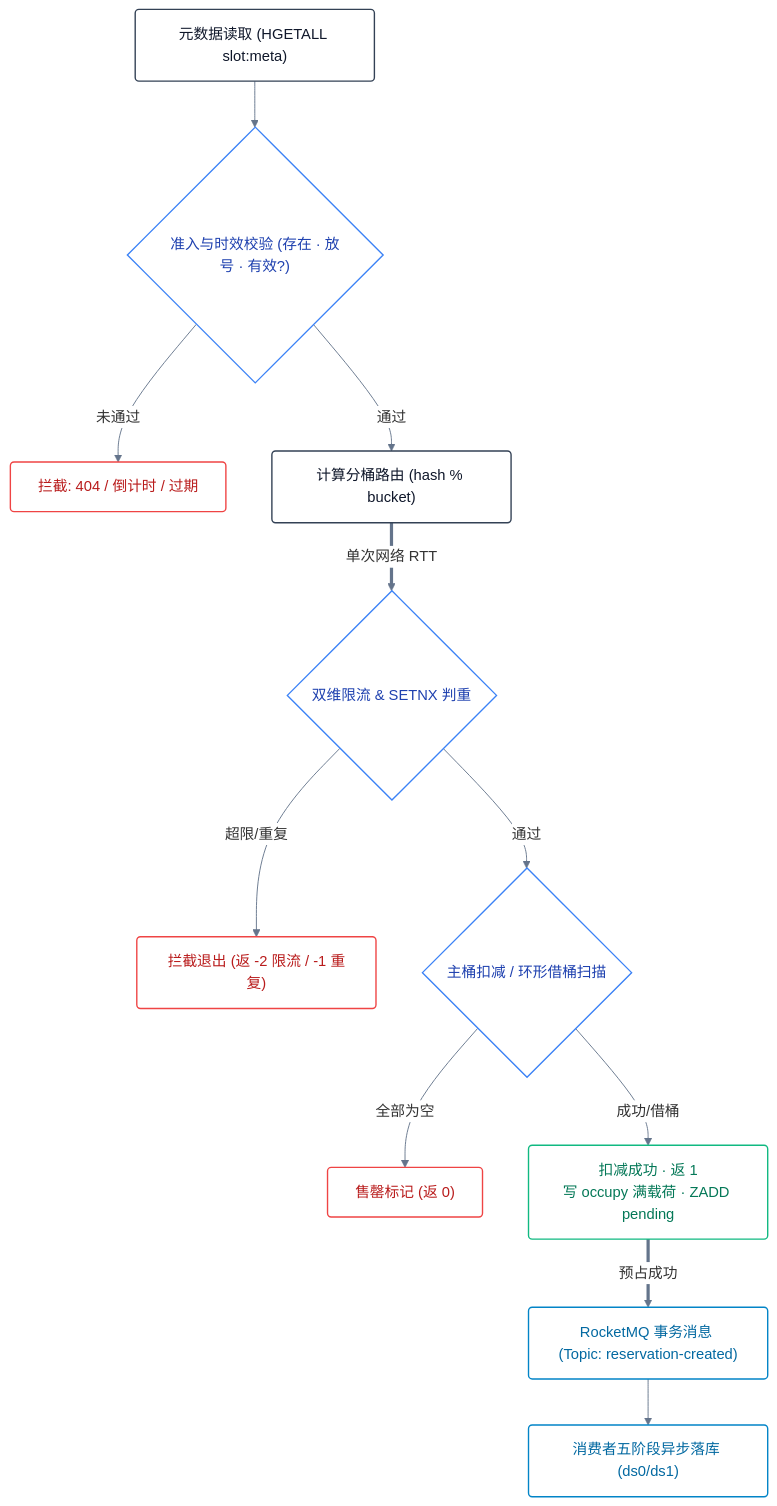
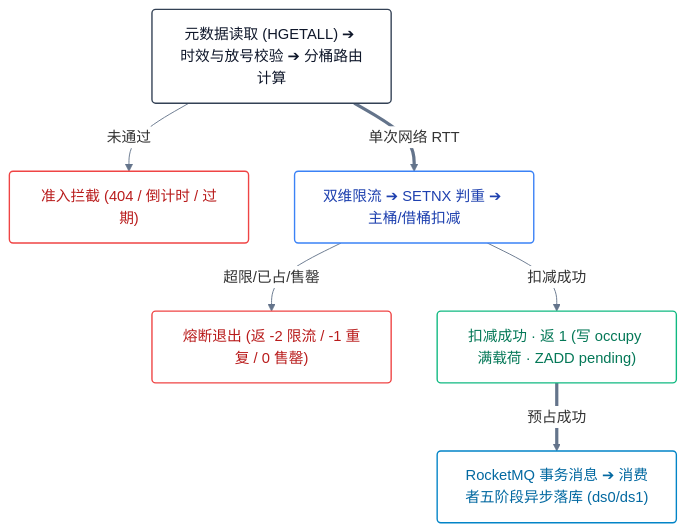
Before and after one commit to s1oopX/ReserveX: the second of 2 diagrams in README.md, drawn with Mermaid. The commit also changed other lines of this file, not shown here.

Commit message:
docs: compact ReserveX diagrams to perfect single-screen height

````diff
--- a/README.md
+++ b/README.md
@@ -212,42 +203,30 @@
 ```mermaid
 %%{init: {'theme': 'base', 'themeVariables': { 'edgeLabelBackground': '#ffffff', 'mainBkg': '#ffffff', 'lineColor': '#64748b' }}}%%
 flowchart TB
     classDef default fill:#ffffff,stroke:#334155,stroke-width:1.5px,color:#0f172a,rx:4px,ry:4px;
     classDef decision fill:#ffffff,stroke:#3b82f6,stroke-width:1.5px,color:#1e40af,rx:4px,ry:4px;
     classDef reject fill:#ffffff,stroke:#ef4444,stroke-width:1.5px,color:#b91c1c,rx:4px,ry:4px;
     classDef success fill:#ffffff,stroke:#10b981,stroke-width:1.5px,color:#047857,rx:4px,ry:4px;
     classDef asyncStage fill:#ffffff,stroke:#0284c7,stroke-width:1.5px,color:#0369a1,rx:4px,ry:4px;
 
     %% 阶段一：前置只读准入 (顶部)
-    S["元数据读取 (HGETALL slot:meta)"]:::default
-    Q1{"准入与时效校验 (存在 · 放号 · 有效?)"}:::decision
-    E1["拦截: 404 / 倒计时 / 过期"]:::reject
-    R["计算分桶路由 (hash % bucket)"]:::default
+    S["元数据读取 (HGETALL) ➔ 时效与放号校验 ➔ 分桶路由计算"]:::default
+    E1["准入拦截 (404 / 倒计时 / 过期)"]:::reject
 
     %% 阶段二：Lua 原子判扣内核 (中部)
-    G1{"双维限流 & SETNX 判重"}:::decision
-    X1["拦截退出 (返 -2 限流 / -1 重复)"]:::reject
-    G2{"主桶扣减 / 环形借桶扫描"}:::decision
-    X2["售罄标记 (返 0)"]:::reject
-    OK["扣减成功 · 返 1<br/>写 occupy 满载荷 · ZADD pending"]:::success
+    L2["双维限流 ➔ SETNX 判重 ➔ 主桶/借桶扣减"]:::decision
+    X2["熔断退出 (返 -2 限流 / -1 重复 / 0 售罄)"]:::reject
+    OK2["扣减成功 · 返 1 (写 occupy 满载荷 · ZADD pending)"]:::success
 
     %% 阶段三：异步持久化闭环 (底部)
-    MQ["RocketMQ 事务消息 (Topic: reservation-created)"]:::asyncStage
-    CON["消费者五阶段异步落库 (ds0/ds1)"]:::asyncStage
+    MQ["RocketMQ 事务消息 ➔ 消费者五阶段异步落库 (ds0/ds1)"]:::asyncStage
 
-    %% 阶段一流转
-    S --> Q1
-    Q1 -->|未通过| E1
-    Q1 -->|通过| R
+    %% 阶段流转
+    S -->|"未通过"| E1
+    S ==>|"单次网络 RTT"| L2
 
-    %% 进入阶段二 (单次 RTT)
-    R ==>|"单次网络 RTT"| G1
-    G1 -->|超限/重复| X1
-    G1 -->|通过| G2
-    G2 -->|全部为空| X2
-    G2 -->|成功/借桶| OK
+    L2 -->|"超限/已占/售罄"| X2
+    L2 -->|"扣减成功"| OK2
 
-    %% 进入阶段三 (落库闭环)
-    OK ==>|"预占成功"| MQ
-    MQ --> CON
+    OK2 ==>|"预占成功"| MQ
 ```
````
